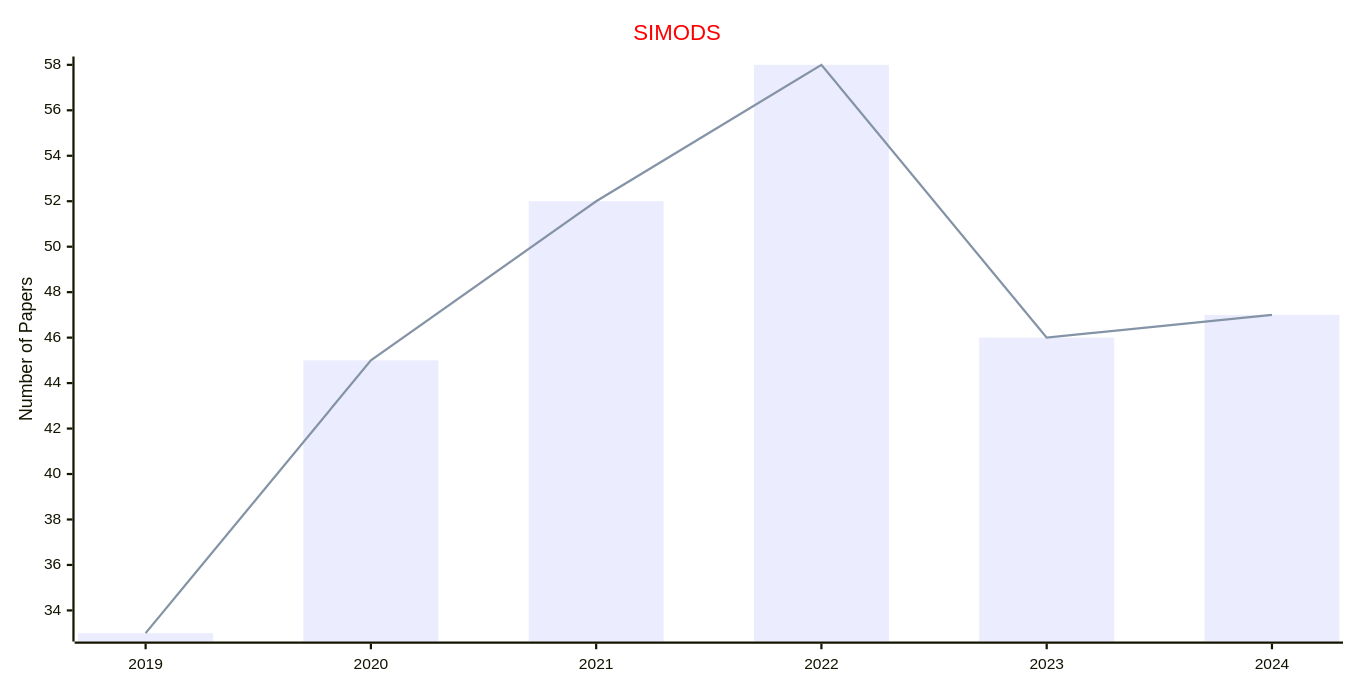
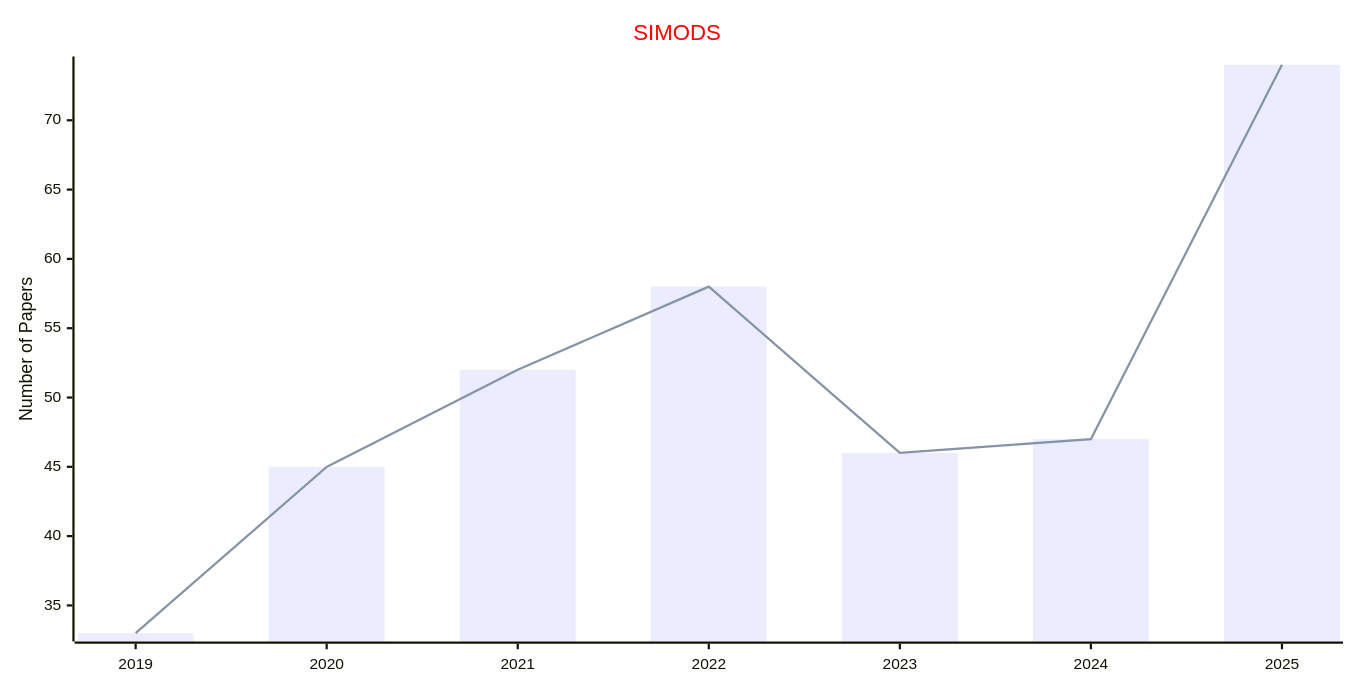
One commit to Easy-PhD/AILinks changed the first of 2 diagrams in docs/data/Journals/Statistics_Journals/Data_Science.md. Above: the diagram before and after it, drawn with Mermaid. The commit also changed other lines of this file and 93 other files, not shown here.

````diff
--- a/docs/data/Journals/Statistics_Journals/Data_Science.md
+++ b/docs/data/Journals/Statistics_Journals/Data_Science.md
@@ -9,17 +9,17 @@
 ```mermaid
 ---
 config:
     xyChart:
         width: 1200
         height: 600
     themeVariables:
         xyChart:
             titleColor: "#ff0000"
 ---
 xychart-beta
     title "SIMODS"
-    x-axis [2019, 2020, 2021, 2022, 2023, 2024]
+    x-axis [2019, 2020, 2021, 2022, 2023, 2024, 2025]
     y-axis "Number of Papers"
-    bar [33, 45, 52, 58, 46, 47]
-    line [33, 45, 52, 58, 46, 47]
+    bar [33, 45, 52, 58, 46, 47, 74]
+    line [33, 45, 52, 58, 46, 47, 74]
 ```
````
